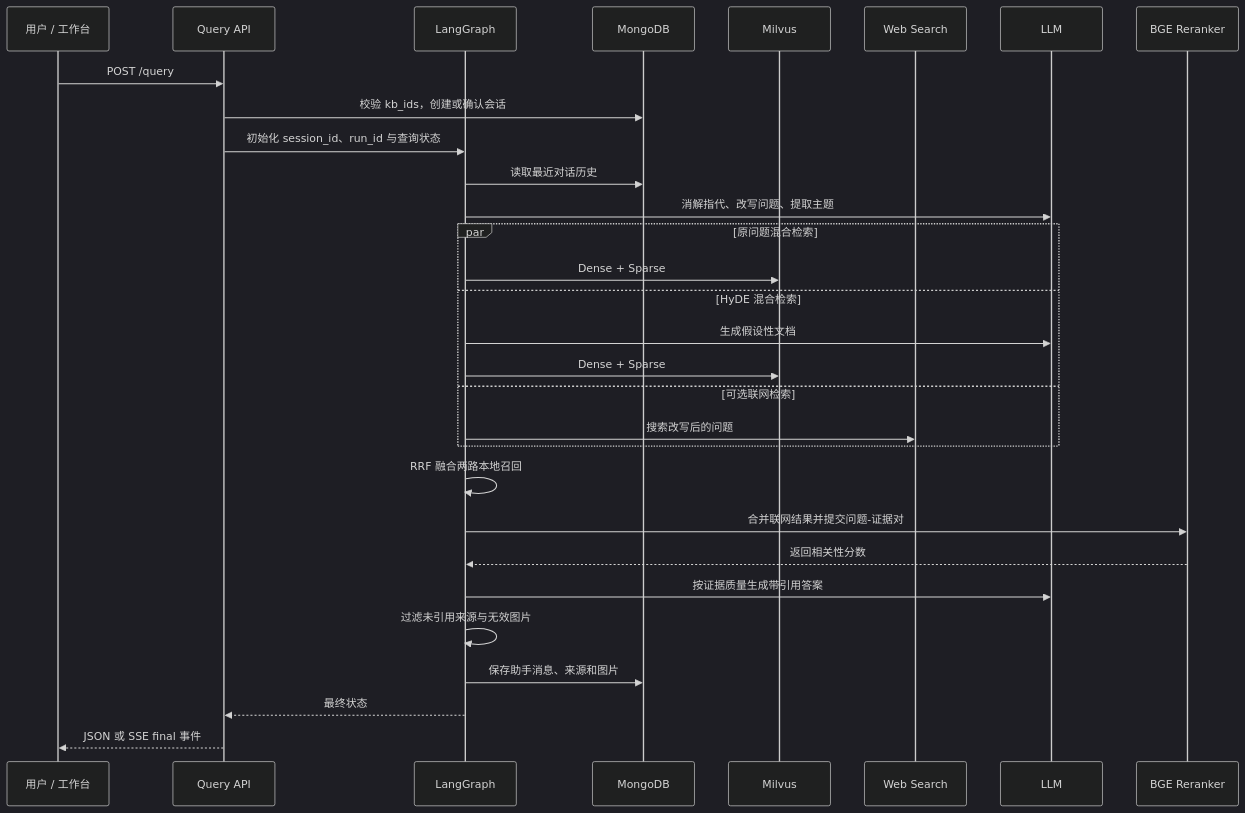
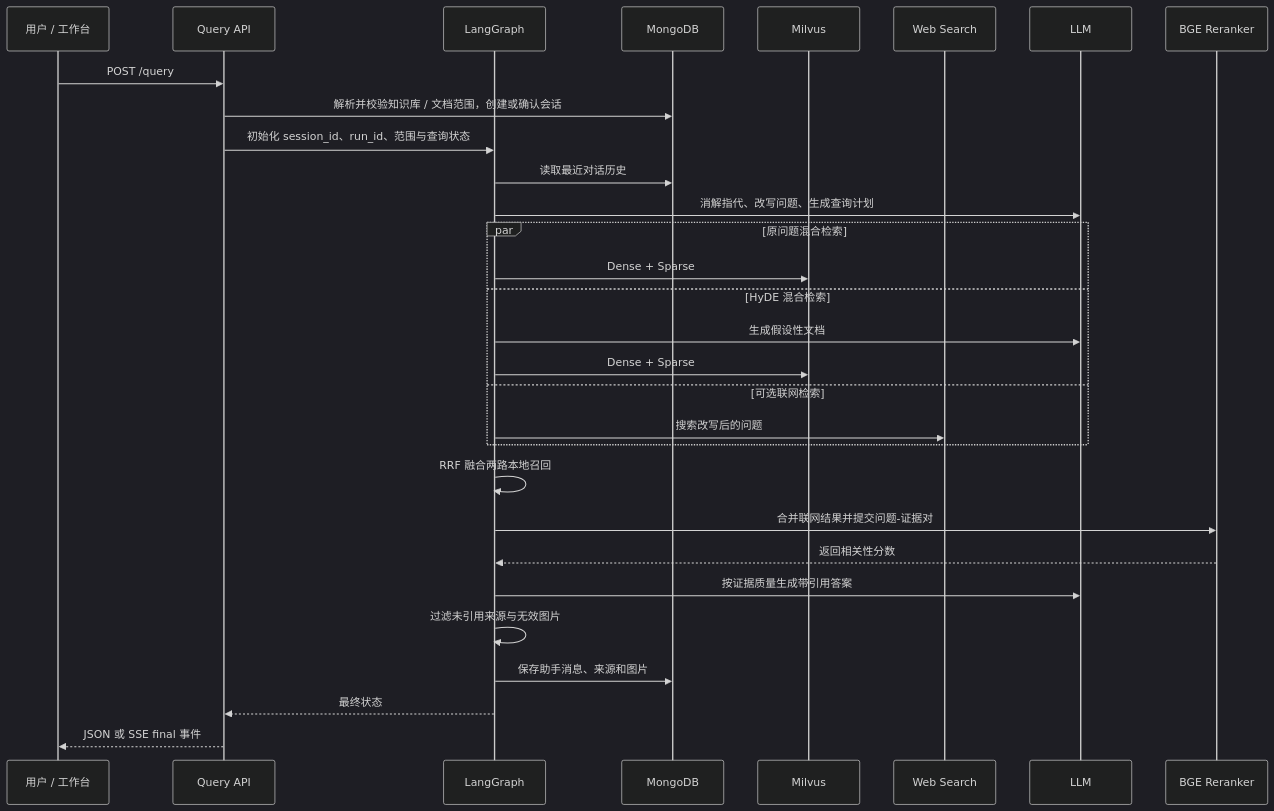
The third of 3 diagrams in README.md (Pitkil/PunditRAG), drawn with Mermaid (dark theme) before and after one commit. The commit also changed other lines of this file and 28 other files, not shown here.

````diff
--- a/README.md
+++ b/README.md
@@ -176,33 +178,33 @@
 ```mermaid
 sequenceDiagram
     participant U as 用户 / 工作台
     participant A as Query API
     participant G as LangGraph
     participant DB as MongoDB
     participant V as Milvus
     participant W as Web Search
     participant L as LLM
     participant R as BGE Reranker
 
     U->>A: POST /query
-    A->>DB: 校验 kb_ids，创建或确认会话
-    A->>G: 初始化 session_id、run_id 与查询状态
+    A->>DB: 解析并校验知识库 / 文档范围，创建或确认会话
+    A->>G: 初始化 session_id、run_id、范围与查询状态
     G->>DB: 读取最近对话历史
-    G->>L: 消解指代、改写问题、提取主题
+    G->>L: 消解指代、改写问题、生成查询计划
     par 原问题混合检索
         G->>V: Dense + Sparse
     and HyDE 混合检索
         G->>L: 生成假设性文档
         G->>V: Dense + Sparse
     and 可选联网检索
         G->>W: 搜索改写后的问题
     end
     G->>G: RRF 融合两路本地召回
     G->>R: 合并联网结果并提交问题-证据对
     R-->>G: 返回相关性分数
     G->>L: 按证据质量生成带引用答案
     G->>G: 过滤未引用来源与无效图片
     G->>DB: 保存助手消息、来源和图片
     G-->>A: 最终状态
     A-->>U: JSON 或 SSE final 事件
 ```
````
